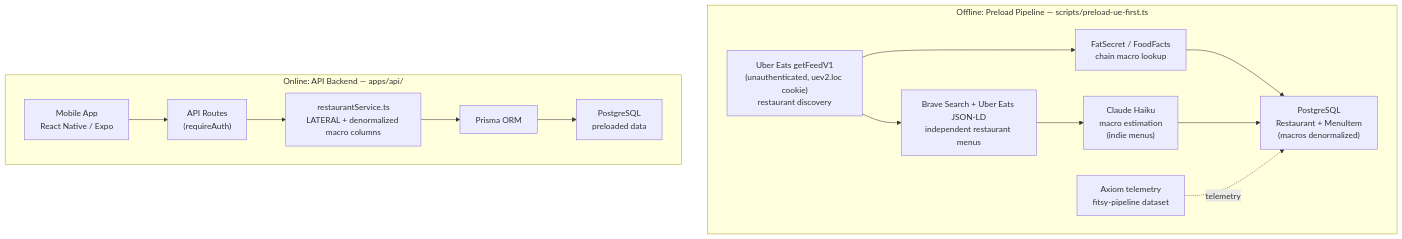
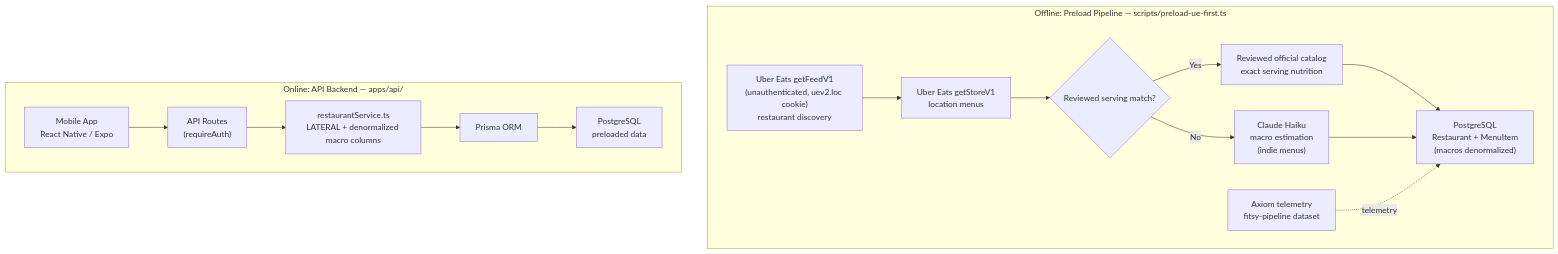
Before and after one commit to dgmolla/fitsy: the first of 4 diagrams in docs/engineering/architecture/system-design.md, drawn with Mermaid. The commit also changed other lines of this file and 51 other files, not shown here.

Commit message:
Pipeline v2: docs cleanup and remove FatSecret from the pipeline (#598)

````diff
--- a/docs/engineering/architecture/system-design.md
+++ b/docs/engineering/architecture/system-design.md
@@ -24,30 +24,31 @@
 ```mermaid
 graph TD
     subgraph offline["Offline: Preload Pipeline — scripts/preload-ue-first.ts"]
         UE["Uber Eats getFeedV1\n(unauthenticated, uev2.loc cookie)\nrestaurant discovery"]
-        FS["FatSecret / FoodFacts\nchain macro lookup"]
-        BS["Brave Search + Uber Eats JSON-LD\nindependent restaurant menus"]
+        FS["Reviewed official catalog\nexact serving nutrition"]
+        BS["Uber Eats getStoreV1\nlocation menus"]
         CL["Claude Haiku\nmacro estimation\n(indie menus)"]
         AX["Axiom telemetry\nfitsy-pipeline dataset"]
         PG_off["PostgreSQL\nRestaurant + MenuItem\n(macros denormalized)"]
 
-        UE --> FS
         UE --> BS
-        BS --> CL
+        BS --> Match{Reviewed serving match?}
+        Match -->|Yes| FS
+        Match -->|No| CL
         FS --> PG_off
         CL --> PG_off
         AX -.->|telemetry| PG_off
     end
 
     subgraph online["Online: API Backend — apps/api/"]
         Client["Mobile App\nReact Native / Expo"]
         API["API Routes\n(requireAuth)"]
         RS["restaurantService.ts\nLATERAL + denormalized macro columns"]
         Prisma["Prisma ORM"]
         PG_on["PostgreSQL\npreloaded data"]
         Client --> API
         API --> RS
         RS --> Prisma
         Prisma --> PG_on
     end
 ```
````
